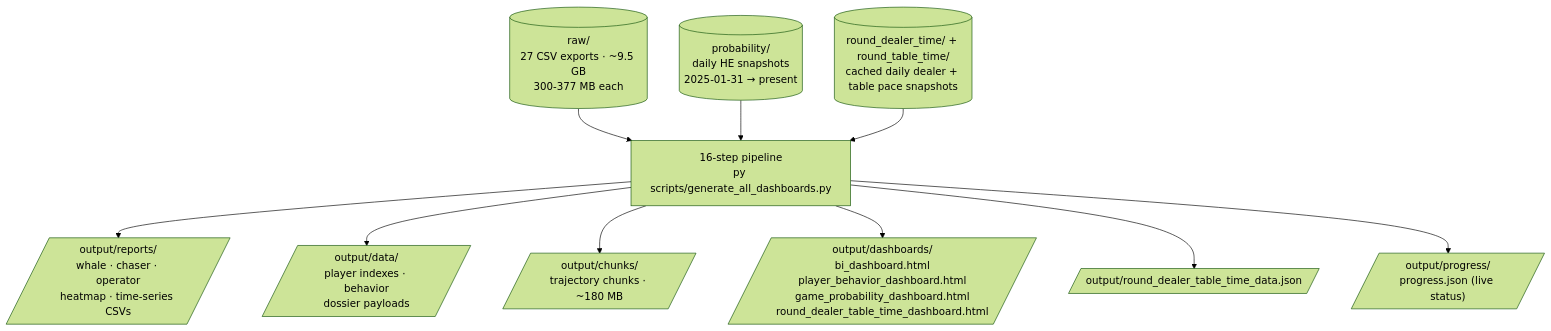
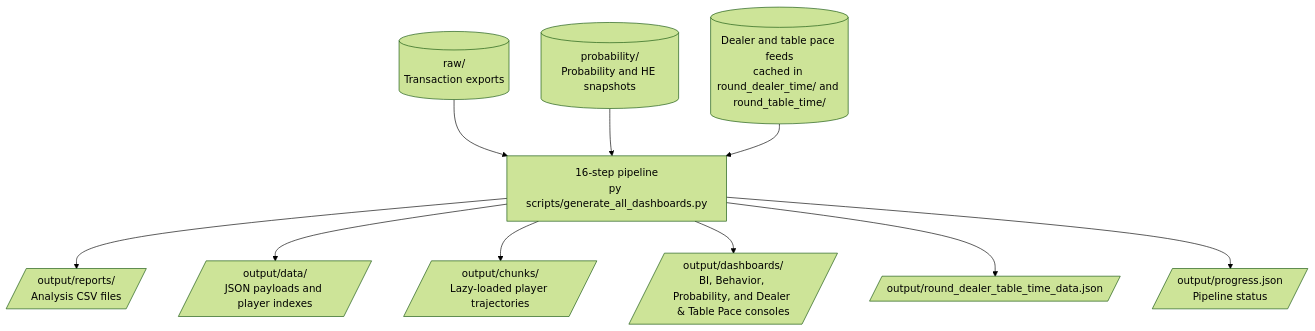
Before and after one commit to MagusZealot/August-2026: the diagram in data/README.md, drawn with Mermaid (forest theme). The commit also changed other lines of this file, not shown here.

Commit message:
further developed the updated README file in data folder

````diff
--- a/data/README.md
+++ b/data/README.md
@@ -57,17 +56,18 @@
 ```mermaid
 flowchart TD
-    RAW[("raw/<br/>27 CSV exports · ~9.5 GB<br/>300-377 MB each")]
-    PROB[("probability/<br/>daily HE snapshots<br/>2025-01-31 → present")]
-    PACE[("round_dealer_time/ + round_table_time/<br/>cached daily dealer + table pace snapshots")]
+    RAW[("raw/<br/>Transaction exports")]
+    PROB[("probability/<br/>Probability and HE snapshots")]
+    PACE[("Dealer and table pace feeds<br/>cached in round_dealer_time/ and round_table_time/")]
+    PIPE["16-step pipeline<br/>py scripts/generate_all_dashboards.py"]
 
-    RAW --> PIPE["16-step pipeline<br/>py scripts/generate_all_dashboards.py"]
+    RAW --> PIPE
     PROB --> PIPE
     PACE --> PIPE
 
-    PIPE --> REPORTS[/"output/reports/<br/>whale · chaser · operator<br/>heatmap · time-series CSVs"/]
-    PIPE --> DATA[/"output/data/<br/>player indexes · behavior<br/>dossier payloads"/]
-    PIPE --> CHUNKS[/"output/chunks/<br/>trajectory chunks · ~180 MB"/]
-    PIPE --> DASH[/"output/dashboards/<br/>bi_dashboard.html<br/>player_behavior_dashboard.html<br/>game_probability_dashboard.html<br/>round_dealer_table_time_dashboard.html"/]
+    PIPE --> REPORTS[/"output/reports/<br/>Analysis CSV files"/]
+    PIPE --> DATA[/"output/data/<br/>JSON payloads and player indexes"/]
+    PIPE --> CHUNKS[/"output/chunks/<br/>Lazy-loaded player trajectories"/]
+    PIPE --> DASH[/"output/dashboards/<br/>BI, Behavior, Probability, and Dealer &amp; Table Pace consoles"/]
     PIPE --> PACE_OUT[/"output/round_dealer_table_time_data.json"/]
-    PIPE --> PROGRESS[/"output/progress/<br/>progress.json (live status)"/]
+    PIPE --> PROGRESS[/"output/progress.json<br/>Pipeline status"/]
 ```
````
